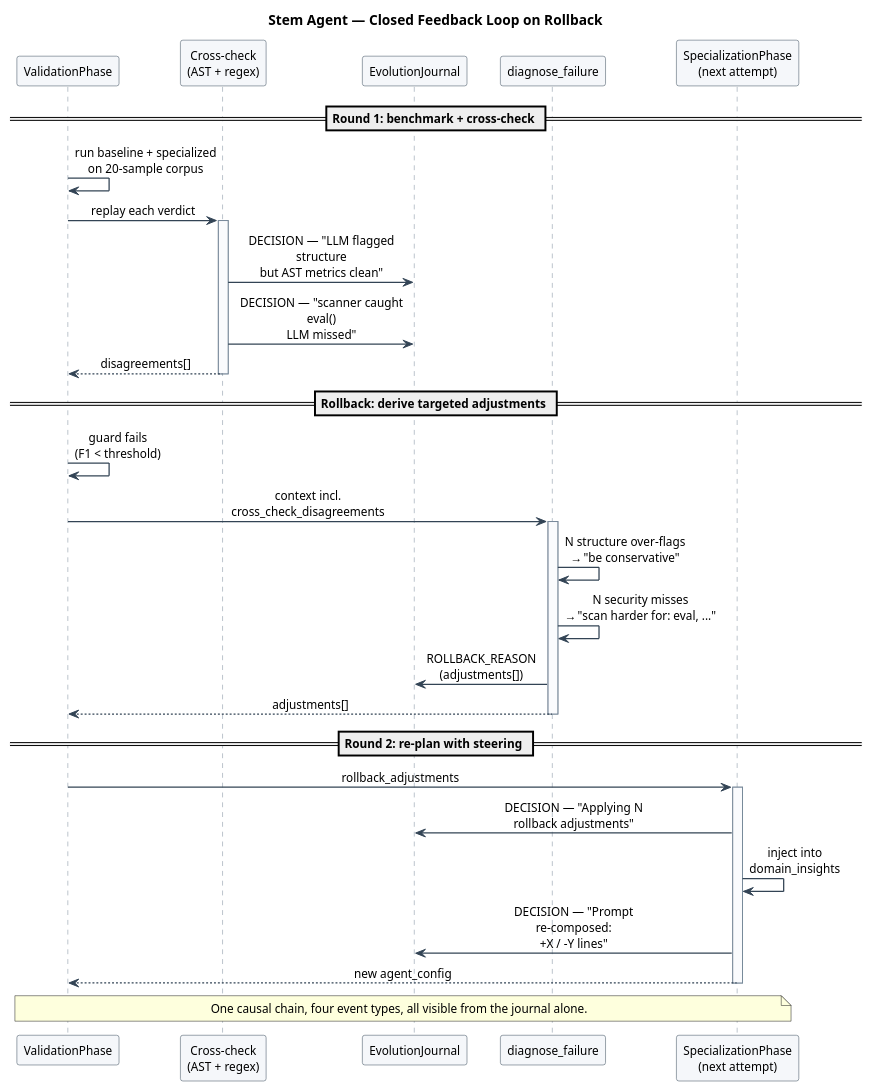
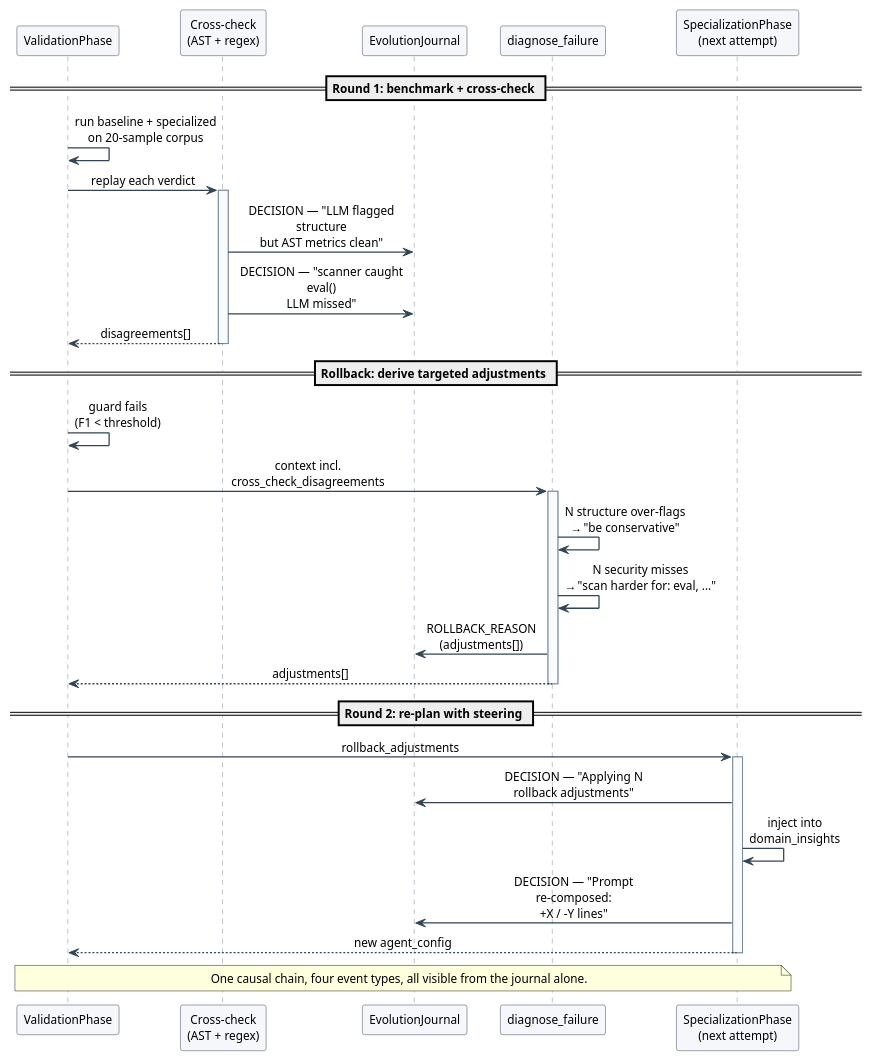
The diagram in docs/diagrams/feedback_loop.puml (qflen/stem-agent), drawn with PlantUML before and after one commit. The commit also changed 6 other files, not shown here.

```diff
--- a/docs/diagrams/feedback_loop.puml
+++ b/docs/diagrams/feedback_loop.puml
@@ -1,58 +1,57 @@
 @startuml feedback_loop
-title Stem Agent — Closed Feedback Loop on Rollback
 
 skinparam shadowing false
 skinparam defaultFontName Helvetica
 skinparam defaultFontSize 12
 skinparam sequenceMessageAlign center
 skinparam sequence {
   ArrowThickness 1.3
   ArrowColor #345
   ParticipantBackgroundColor #F5F7FA
   ParticipantBorderColor #345
   LifeLineBorderColor #789
   LifeLineBackgroundColor #FAFBFD
   GroupBackgroundColor #EAF2FF
   GroupBorderColor #345
 }
 skinparam maxMessageSize 180
 
 participant "ValidationPhase" as V
 participant "Cross-check\n(AST + regex)" as X
 participant "EvolutionJournal" as J
 participant "diagnose_failure" as D
 participant "SpecializationPhase\n(next attempt)" as SP
 
 == Round 1: benchmark + cross-check ==
 V -> V : run baseline + specialized\non 20-sample corpus
 V -> X : replay each verdict
 activate X
 X -> J : DECISION — "LLM flagged structure\nbut AST metrics clean"
 X -> J : DECISION — "scanner caught eval()\nLLM missed"
 X --> V : disagreements[]
 deactivate X
 
 == Rollback: derive targeted adjustments ==
 V -> V : guard fails\n(F1 < threshold)
 V -> D : context incl.\ncross_check_disagreements
 activate D
 D -> D : N structure over-flags\n→ "be conservative"
 D -> D : N security misses\n→ "scan harder for: eval, ..."
 D -> J : ROLLBACK_REASON\n(adjustments[])
 D --> V : adjustments[]
 deactivate D
 
 == Round 2: re-plan with steering ==
 V -> SP : rollback_adjustments
 activate SP
 SP -> J : DECISION — "Applying N\nrollback adjustments"
 SP -> SP : inject into\ndomain_insights
 SP -> J : DECISION — "Prompt re-composed:\n+X / -Y lines"
 SP --> V : new agent_config
 deactivate SP
 
 note across
   One causal chain, four event types, all visible from the journal alone.
 end note
 
 @enduml
```
